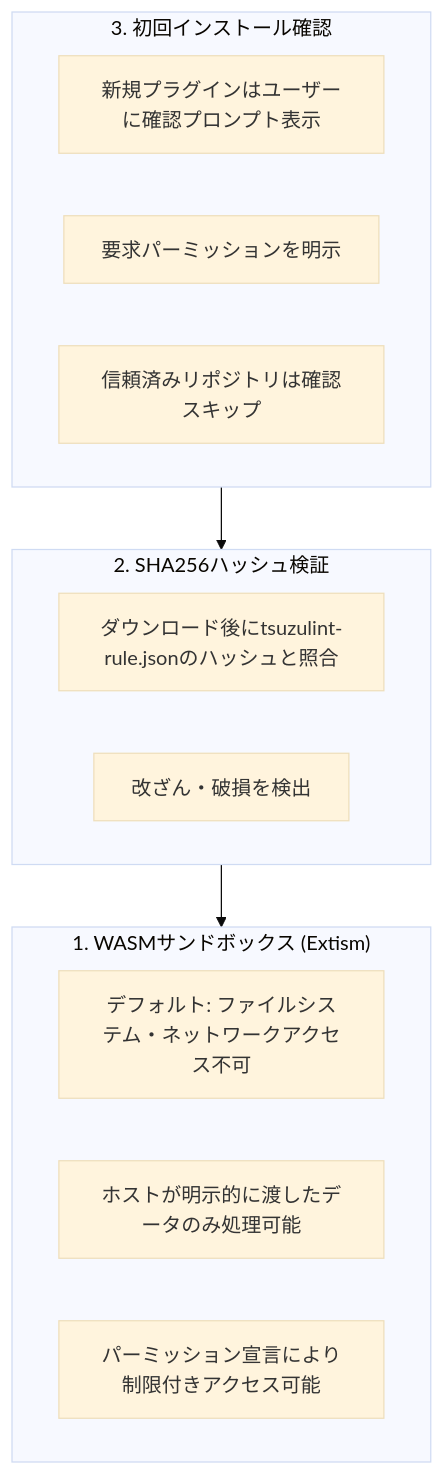
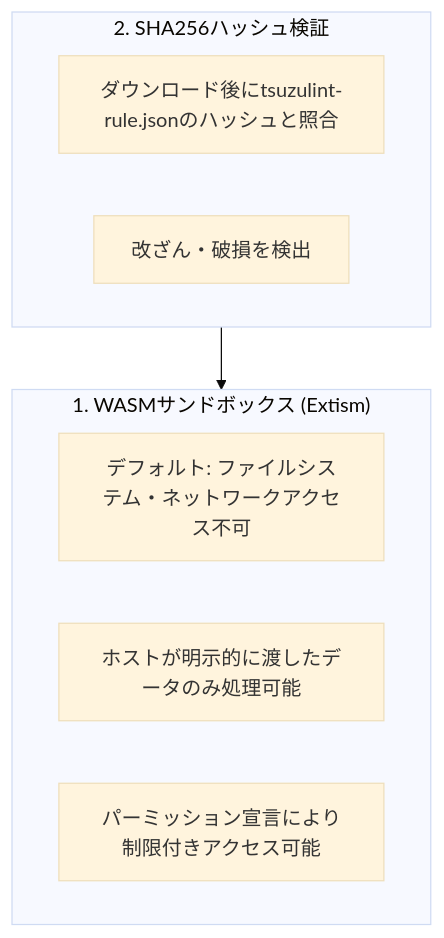
The second of 4 diagrams in docs/roadmap.md (simorgh3196/tsuzulint), drawn with Mermaid (base theme) before and after one commit. The commit also changed other lines of this file and 2 other files, not shown here.

````diff
--- a/docs/roadmap.md
+++ b/docs/roadmap.md
@@ -321,21 +321,15 @@
 ```mermaid
 flowchart TB
     subgraph L1["1. WASMサンドボックス (Extism)"]
         L1A["デフォルト: ファイルシステム・ネットワークアクセス不可"]
         L1B["ホストが明示的に渡したデータのみ処理可能"]
         L1C["パーミッション宣言により制限付きアクセス可能"]
     end
 
     subgraph L2["2. SHA256ハッシュ検証"]
         L2A["ダウンロード後にtsuzulint-rule.jsonのハッシュと照合"]
         L2B["改ざん・破損を検出"]
     end
 
-    subgraph L3["3. 初回インストール確認"]
-        L3A["新規プラグインはユーザーに確認プロンプト表示"]
-        L3B["要求パーミッションを明示"]
-        L3C["信頼済みリポジトリは確認スキップ"]
-    end
-
-    L3 --> L2 --> L1
+    L2 --> L1
 ```
````
